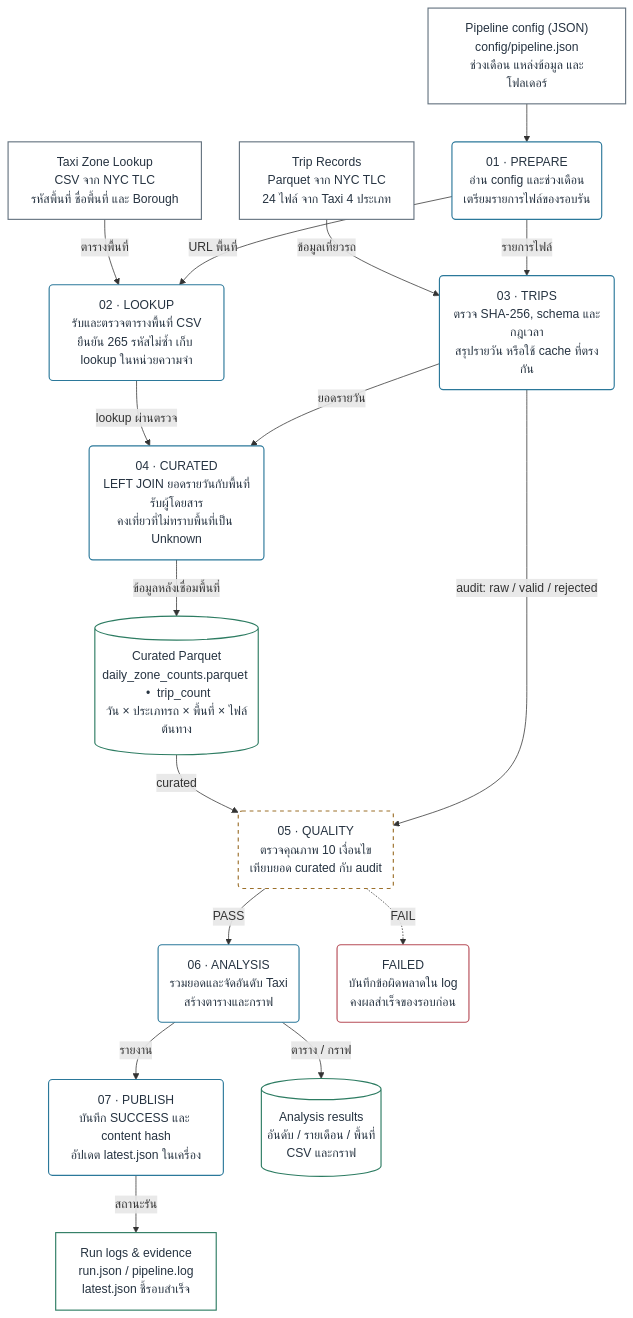
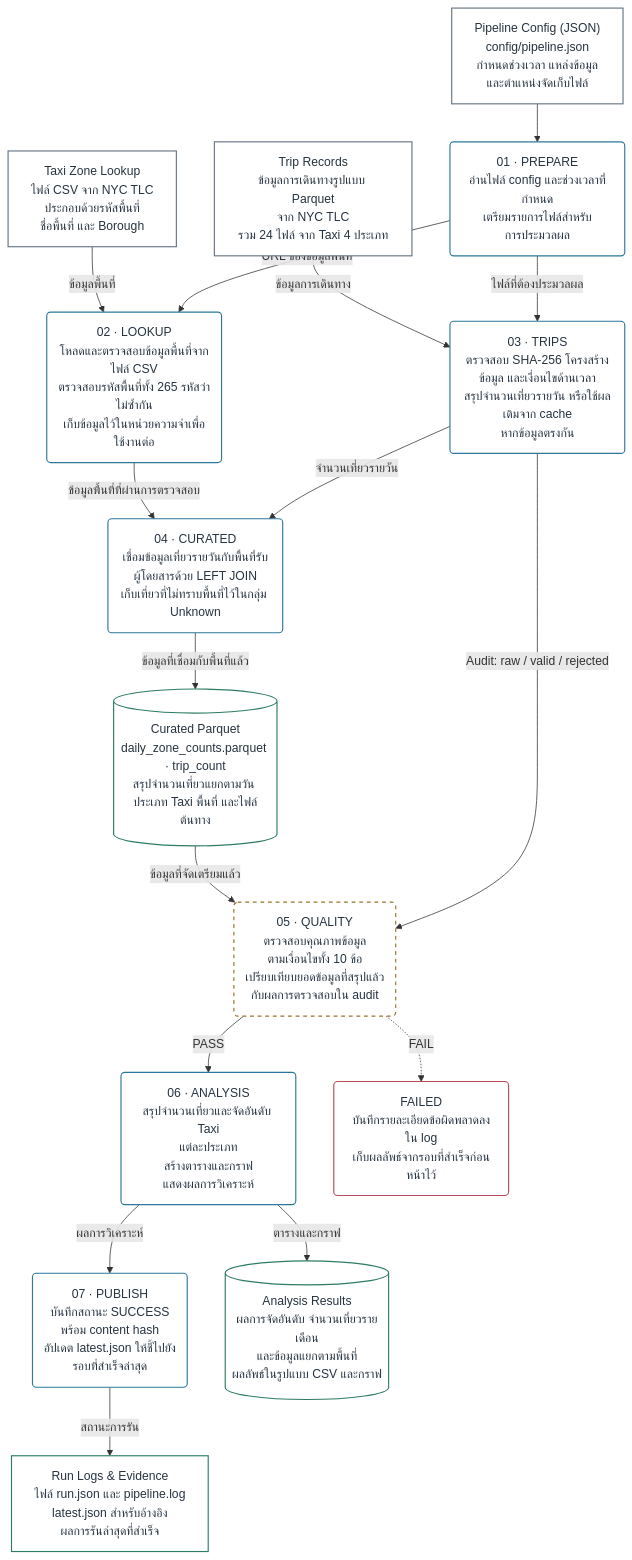
Before and after one commit to ronnakrit303/CS341-Submission2: the diagram in docs/pipeline.mmd, drawn with Mermaid. The commit also changed 4 other files, not shown here.

Commit message:
Use the supplied polished wording in the data flow diagram

```diff
--- a/docs/pipeline.mmd
+++ b/docs/pipeline.mmd
@@ -1,39 +1,39 @@
 flowchart TD
     %% Generated by scripts/render_pipeline_diagram.py.
     %% Same nodes and data relationships as the approved PNG/SVG.
     %% Stage numbers show execution order; branches show data flow.
-    zoneSource["Taxi Zone Lookup<br/>CSV จาก NYC TLC<br/>รหัสพื้นที่ ชื่อพื้นที่ และ Borough"]:::source
-    configSource["Pipeline config (JSON)<br/>config/pipeline.json<br/>ช่วงเดือน แหล่งข้อมูล และโฟลเดอร์"]:::source
-    tripSource["Trip Records<br/>Parquet จาก NYC TLC<br/>24 ไฟล์ จาก Taxi 4 ประเภท"]:::source
-    prepare("01 · PREPARE<br/>อ่าน config และช่วงเดือน<br/>เตรียมรายการไฟล์ของรอบรัน"):::process
-    lookup("02 · LOOKUP<br/>รับและตรวจตารางพื้นที่ CSV<br/>ยืนยัน 265 รหัสไม่ซ้ำ เก็บ lookup ในหน่วยความจำ"):::process
-    trips("03 · TRIPS<br/>ตรวจ SHA-256, schema และกฎเวลา<br/>สรุปรายวัน หรือใช้ cache ที่ตรงกัน"):::process
-    curate("04 · CURATED<br/>LEFT JOIN ยอดรายวันกับพื้นที่รับผู้โดยสาร<br/>คงเที่ยวที่ไม่ทราบพื้นที่เป็น Unknown"):::process
-    curatedStore[("Curated Parquet<br/>daily_zone_counts.parquet  •  trip_count<br/>วัน × ประเภทรถ × พื้นที่ × ไฟล์ต้นทาง")]:::data
-    quality("05 · QUALITY<br/>ตรวจคุณภาพ 10 เงื่อนไข<br/>เทียบยอด curated กับ audit"):::quality
-    analysis("06 · ANALYSIS<br/>รวมยอดและจัดอันดับ Taxi<br/>สร้างตารางและกราฟ"):::process
-    publish("07 · PUBLISH<br/>บันทึก SUCCESS และ content hash<br/>อัปเดต latest.json ในเครื่อง"):::process
-    failed("FAILED<br/>บันทึกข้อผิดพลาดใน log<br/>คงผลสำเร็จของรอบก่อน"):::failed
-    analysisStore[("Analysis results<br/>อันดับ / รายเดือน / พื้นที่<br/>CSV และกราฟ")]:::data
-    runEvidence["Run logs & evidence<br/>run.json / pipeline.log<br/>latest.json ชี้รอบสำเร็จ"]:::evidence
+    zoneSource["Taxi Zone Lookup<br/>ไฟล์ CSV จาก NYC TLC<br/>ประกอบด้วยรหัสพื้นที่<br/>ชื่อพื้นที่ และ Borough"]:::source
+    configSource["Pipeline Config (JSON)<br/>config/pipeline.json<br/>กำหนดช่วงเวลา แหล่งข้อมูล<br/>และตำแหน่งจัดเก็บไฟล์"]:::source
+    tripSource["Trip Records<br/>ข้อมูลการเดินทางรูปแบบ Parquet<br/>จาก NYC TLC<br/>รวม 24 ไฟล์ จาก Taxi 4 ประเภท"]:::source
+    prepare("01 · PREPARE<br/>อ่านไฟล์ config และช่วงเวลาที่กำหนด<br/>เตรียมรายการไฟล์สำหรับ<br/>การประมวลผล"):::process
+    lookup("02 · LOOKUP<br/>โหลดและตรวจสอบข้อมูลพื้นที่จากไฟล์ CSV<br/>ตรวจสอบรหัสพื้นที่ทั้ง 265 รหัสว่าไม่ซ้ำกัน<br/>เก็บข้อมูลไว้ในหน่วยความจำเพื่อใช้งานต่อ"):::process
+    trips("03 · TRIPS<br/>ตรวจสอบ SHA-256 โครงสร้างข้อมูล และเงื่อนไขด้านเวลา<br/>สรุปจำนวนเที่ยวรายวัน หรือใช้ผลเดิมจาก cache<br/>หากข้อมูลตรงกัน"):::process
+    curate("04 · CURATED<br/>เชื่อมข้อมูลเที่ยวรายวันกับพื้นที่รับผู้โดยสารด้วย LEFT JOIN<br/>เก็บเที่ยวที่ไม่ทราบพื้นที่ไว้ในกลุ่ม Unknown"):::process
+    curatedStore[("Curated Parquet<br/>daily_zone_counts.parquet · trip_count<br/>สรุปจำนวนเที่ยวแยกตามวัน ประเภท Taxi พื้นที่ และไฟล์ต้นทาง")]:::data
+    quality("05 · QUALITY<br/>ตรวจสอบคุณภาพข้อมูล<br/>ตามเงื่อนไขทั้ง 10 ข้อ<br/>เปรียบเทียบยอดข้อมูลที่สรุปแล้ว<br/>กับผลการตรวจสอบใน audit"):::quality
+    analysis("06 · ANALYSIS<br/>สรุปจำนวนเที่ยวและจัดอันดับ Taxi<br/>แต่ละประเภท<br/>สร้างตารางและกราฟ<br/>แสดงผลการวิเคราะห์"):::process
+    publish("07 · PUBLISH<br/>บันทึกสถานะ SUCCESS<br/>พร้อม content hash<br/>อัปเดต latest.json ให้ชี้ไปยัง<br/>รอบที่สำเร็จล่าสุด"):::process
+    failed("FAILED<br/>บันทึกรายละเอียดข้อผิดพลาดลงใน log<br/>เก็บผลลัพธ์จากรอบที่สำเร็จก่อนหน้าไว้"):::failed
+    analysisStore[("Analysis Results<br/>ผลการจัดอันดับ จำนวนเที่ยวรายเดือน<br/>และข้อมูลแยกตามพื้นที่<br/>ผลลัพธ์ในรูปแบบ CSV และกราฟ")]:::data
+    runEvidence["Run Logs & Evidence<br/>ไฟล์ run.json และ pipeline.log<br/>latest.json สำหรับอ้างอิง<br/>ผลการรันล่าสุดที่สำเร็จ"]:::evidence
     configSource --> prepare
-    zoneSource -->|"ตารางพื้นที่"| lookup
-    tripSource -->|"ข้อมูลเที่ยวรถ"| trips
-    prepare -->|"URL พื้นที่"| lookup
-    prepare -->|"รายการไฟล์"| trips
-    lookup -->|"lookup ผ่านตรวจ"| curate
-    trips -->|"ยอดรายวัน"| curate
-    curate -->|"ข้อมูลหลังเชื่อมพื้นที่"| curatedStore
-    curatedStore -->|"curated"| quality
-    trips -->|"audit: raw / valid / rejected"| quality
+    zoneSource -->|"ข้อมูลพื้นที่"| lookup
+    tripSource -->|"ข้อมูลการเดินทาง"| trips
+    prepare -->|"URL ของข้อมูลพื้นที่"| lookup
+    prepare -->|"ไฟล์ที่ต้องประมวลผล"| trips
+    lookup -->|"ข้อมูลพื้นที่ที่ผ่านการตรวจสอบ"| curate
+    trips -->|"จำนวนเที่ยวรายวัน"| curate
+    curate -->|"ข้อมูลที่เชื่อมกับพื้นที่แล้ว"| curatedStore
+    curatedStore -->|"ข้อมูลที่จัดเตรียมแล้ว"| quality
+    trips -->|"Audit: raw / valid / rejected"| quality
     quality -->|"PASS"| analysis
-    analysis -->|"รายงาน"| publish
+    analysis -->|"ผลการวิเคราะห์"| publish
     quality -.->|"FAIL"| failed
-    analysis -->|"ตาราง / กราฟ"| analysisStore
-    publish -->|"สถานะรัน"| runEvidence
+    analysis -->|"ตารางและกราฟ"| analysisStore
+    publish -->|"สถานะการรัน"| runEvidence
     classDef source fill:#FFFFFF,stroke:#667481,color:#263341,stroke-width:1.5px
     classDef process fill:#FFFFFF,stroke:#2B789A,color:#263341,stroke-width:1.5px
     classDef data fill:#FFFFFF,stroke:#2D7C62,color:#263341,stroke-width:1.5px
     classDef evidence fill:#FFFFFF,stroke:#2D7C62,color:#263341,stroke-width:1.5px
     classDef quality fill:#FFFFFF,stroke:#9C702B,color:#263341,stroke-width:1.5px,stroke-dasharray:5 5
     classDef failed fill:#FFFFFF,stroke:#B64C57,color:#263341,stroke-width:1.5px
```
